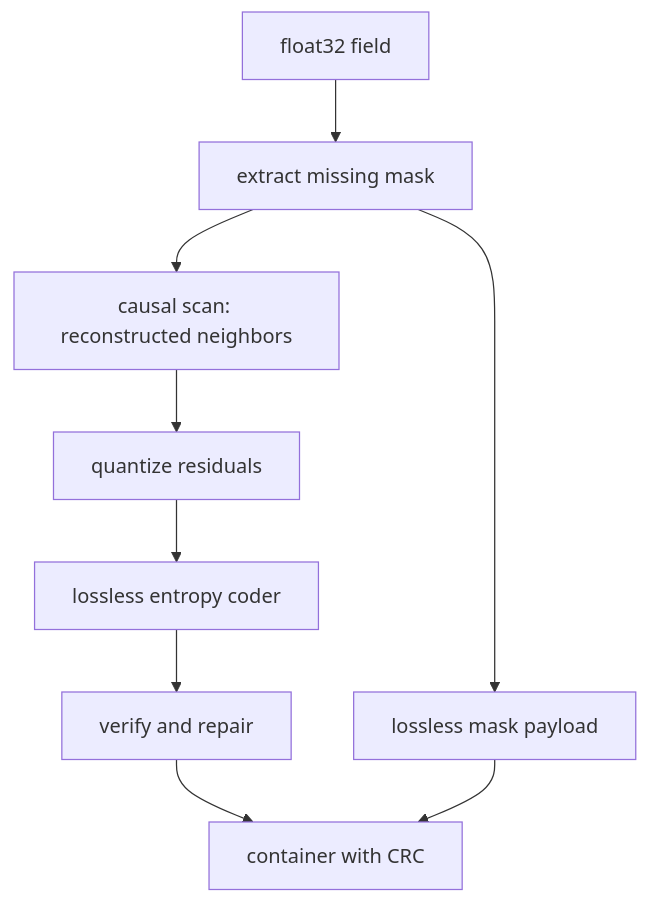
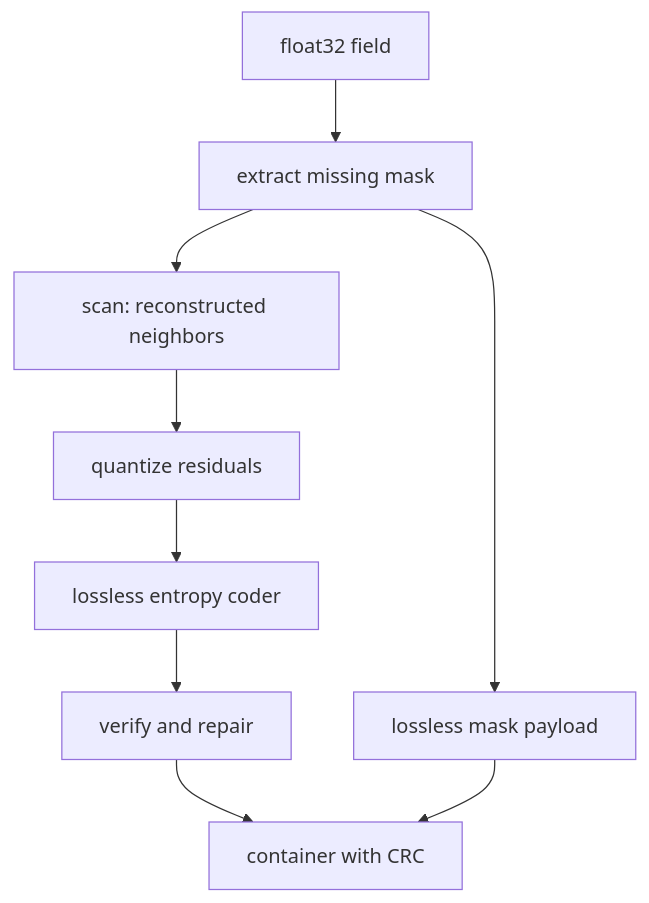
One commit to dxav/brace-compressor changed the diagram in docs/architecture.md. Above: the diagram before and after it, drawn with Mermaid. The commit also changed other lines of this file and 20 other files, not shown here.

````diff
--- a/docs/architecture.md
+++ b/docs/architecture.md
@@ -10,11 +10,11 @@
 ```mermaid
 flowchart TB
   A[float32 field] --> B[extract missing mask]
-  B --> C[causal scan: reconstructed neighbors]
+  B --> C[scan: reconstructed neighbors]
   C --> D[quantize residuals]
   D --> E[lossless entropy coder]
   E --> F[verify and repair]
   B --> G[lossless mask payload]
   F --> H[container with CRC]
   G --> H
 ```
````
